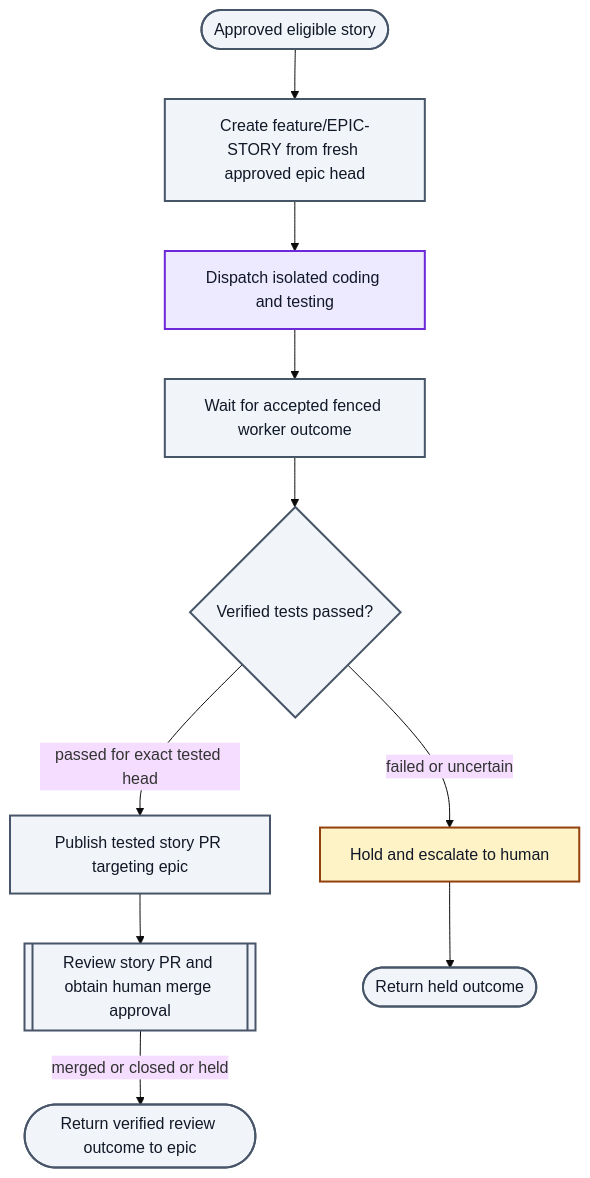
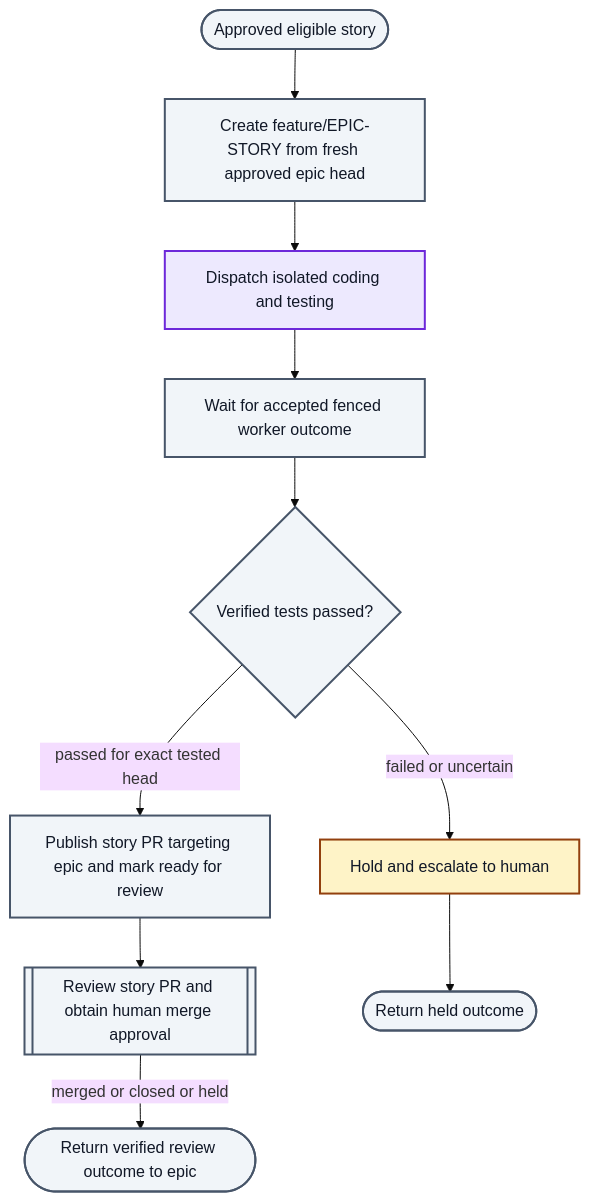
The second of 5 diagrams in docs/architecture/workflow-reference.md (skizzay/forgeflow), drawn with Mermaid (base theme) before and after one commit. The commit also changed other lines of this file and 9 other files, not shown here.

````diff
--- a/docs/architecture/workflow-reference.md
+++ b/docs/architecture/workflow-reference.md
@@ -129,28 +136,28 @@
 ```mermaid
 flowchart TD
     storyStart(["Approved eligible story"])
     prepareStoryBranch["Create feature/EPIC-STORY from fresh approved epic head"]
     dispatchImplementation["Dispatch isolated coding and testing"]
     awaitImplementation["Wait for accepted fenced worker outcome"]
     implementationResult{"Verified tests passed?"}
-    publishStoryPR["Publish tested story PR targeting epic"]
+    publishStoryPR["Publish story PR targeting epic and mark ready for review"]
     reviewStory[["Review story PR and obtain human merge approval"]]
     storyFinished(["Return verified review outcome to epic"])
     storyHold["Hold and escalate to human"]
     storyHeld(["Return held outcome"])
     storyStart --> prepareStoryBranch
     prepareStoryBranch --> dispatchImplementation
     dispatchImplementation --> awaitImplementation
     awaitImplementation --> implementationResult
     implementationResult -->|"passed for exact tested head"| publishStoryPR
     implementationResult -->|"failed or uncertain"| storyHold
     publishStoryPR --> reviewStory
     reviewStory -->|"merged or closed or held"| storyFinished
     storyHold --> storyHeld
     classDef agent fill:#ede9fe,stroke:#6d28d9,color:#111827,stroke-width:2px;
     classDef human fill:#fef3c7,stroke:#92400e,color:#111827,stroke-width:2px;
     classDef automated fill:#f1f5f9,stroke:#475569,color:#111827,stroke-width:2px;
     class dispatchImplementation agent;
     class storyHold human;
     class awaitImplementation,implementationResult,prepareStoryBranch,publishStoryPR,reviewStory,storyFinished,storyHeld,storyStart automated;
 ```
````
